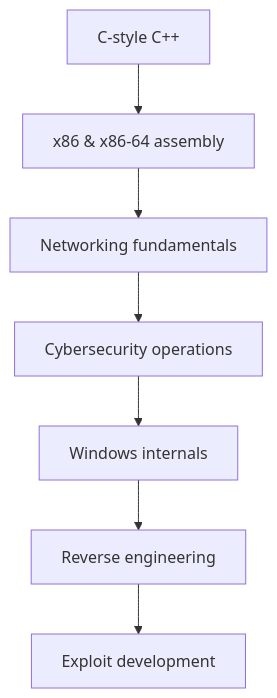
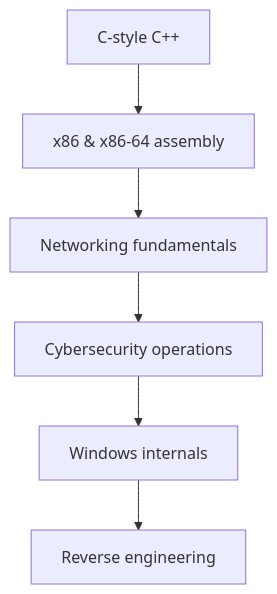
Before and after one commit to grimy86/CCI25: the diagram in readme.md, drawn with Mermaid.

Commit message:
readme fix

````diff
--- a/readme.md
+++ b/readme.md
@@ -17,9 +17,8 @@
 ```mermaid
 graph TD;
 	cpp[C-style C++] --> x86-64[x86 & x86-64 assembly]
 	x86-64 --> nf[Networking fundamentals]
     nf --> csec[Cybersecurity operations]
 	csec --> winint[Windows internals]
 	winint --> re[Reverse engineering]
-	re --> ed[Exploit development]
 ```
````
